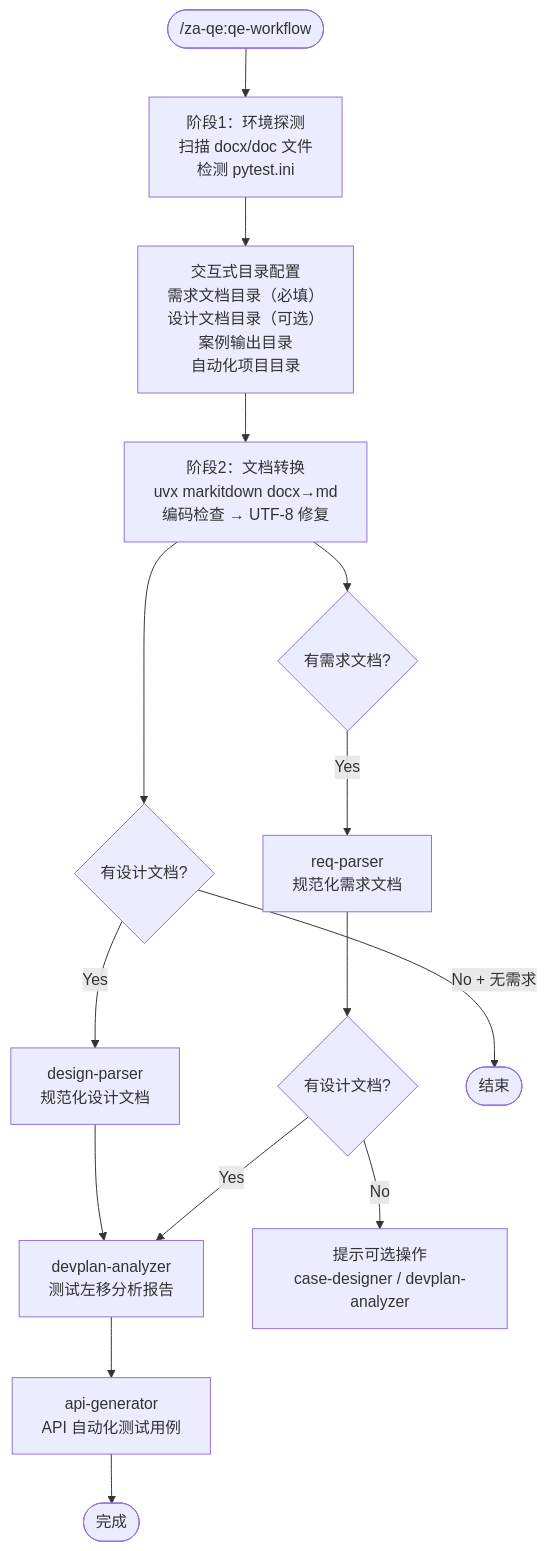
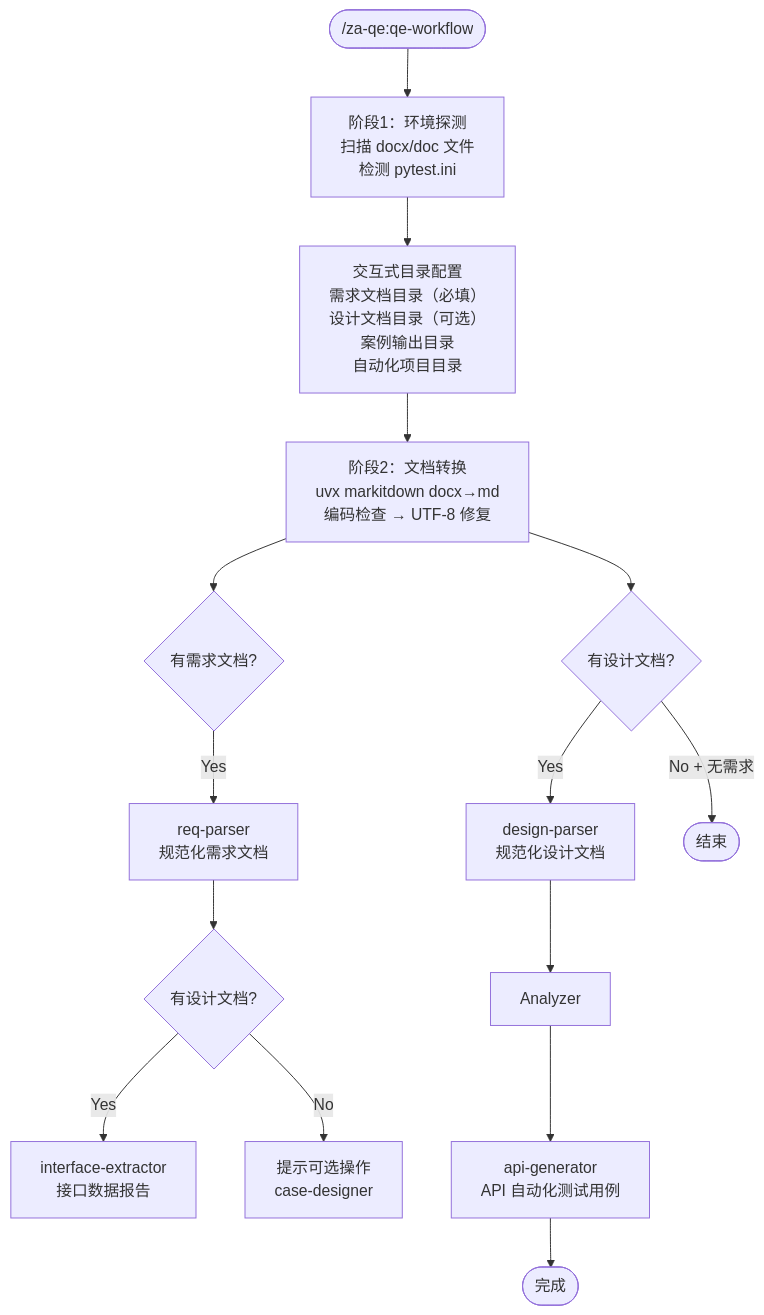
Before and after one commit to kalen-tang/test-workflow: the diagram in plugins/za-qe/README.md, drawn with Mermaid. The commit also changed other lines of this file and 22 other files, not shown here.

First line of the commit message:
feat(BANK-0000): 重构 Skill 架构，拆分职责并新增 artifact-schemas

````diff
--- a/plugins/za-qe/README.md
+++ b/plugins/za-qe/README.md
@@ -55,22 +55,22 @@
 ```mermaid
 flowchart TD
     Start(["/za-qe:qe-workflow"]) --> Detect["阶段1：环境探测<br/>扫描 docx/doc 文件<br/>检测 pytest.ini"]
     Detect --> Config["交互式目录配置<br/>需求文档目录（必填）<br/>设计文档目录（可选）<br/>案例输出目录<br/>自动化项目目录"]
     Config --> Convert["阶段2：文档转换<br/>uvx markitdown docx→md<br/>编码检查 → UTF-8 修复"]
     Convert --> HasReq{有需求文档?}
     Convert --> HasDesign{有设计文档?}
 
     HasReq -->|Yes| ReqParser["req-parser<br/>规范化需求文档"]
     HasDesign -->|Yes| DesignParser["design-parser<br/>规范化设计文档"]
 
     ReqParser --> HasBoth{有设计文档?}
     DesignParser --> Analyzer
 
-    HasBoth -->|Yes| Analyzer["devplan-analyzer<br/>测试左移分析报告"]
-    HasBoth -->|No| TipOnly["提示可选操作<br/>case-designer / devplan-analyzer"]
+    HasBoth -->|Yes| Extractor["interface-extractor<br/>接口数据报告"]
+    HasBoth -->|No| TipOnly["提示可选操作<br/>case-designer"]
 
     HasDesign -->|No + 无需求| Stop([结束])
 
     Analyzer --> ApiGen["api-generator<br/>API 自动化测试用例"]
     ApiGen --> Done([完成])
 ```
````
